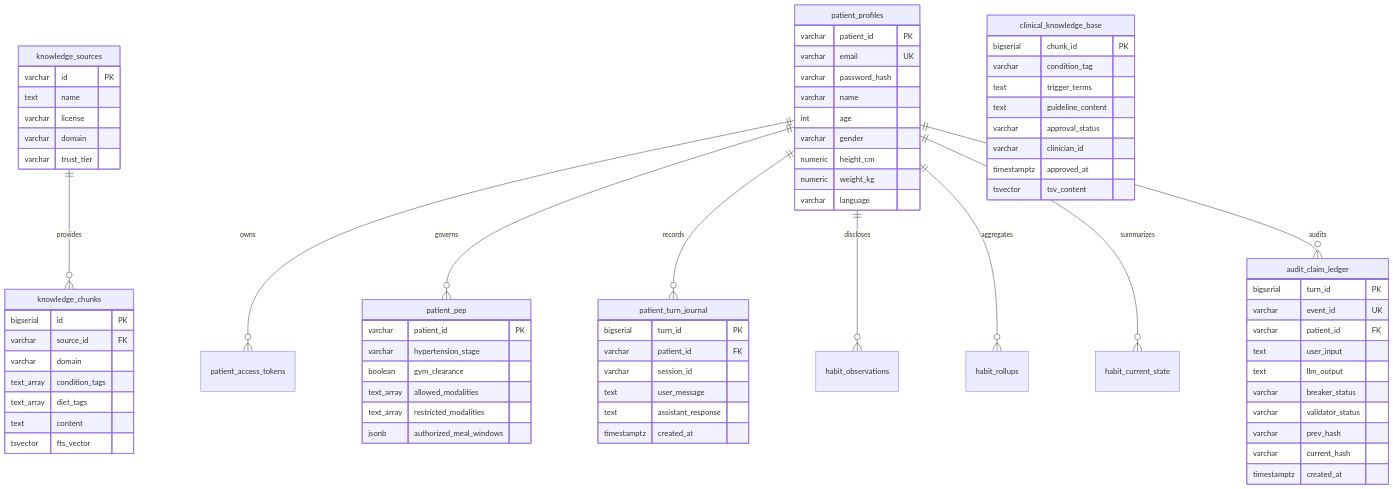
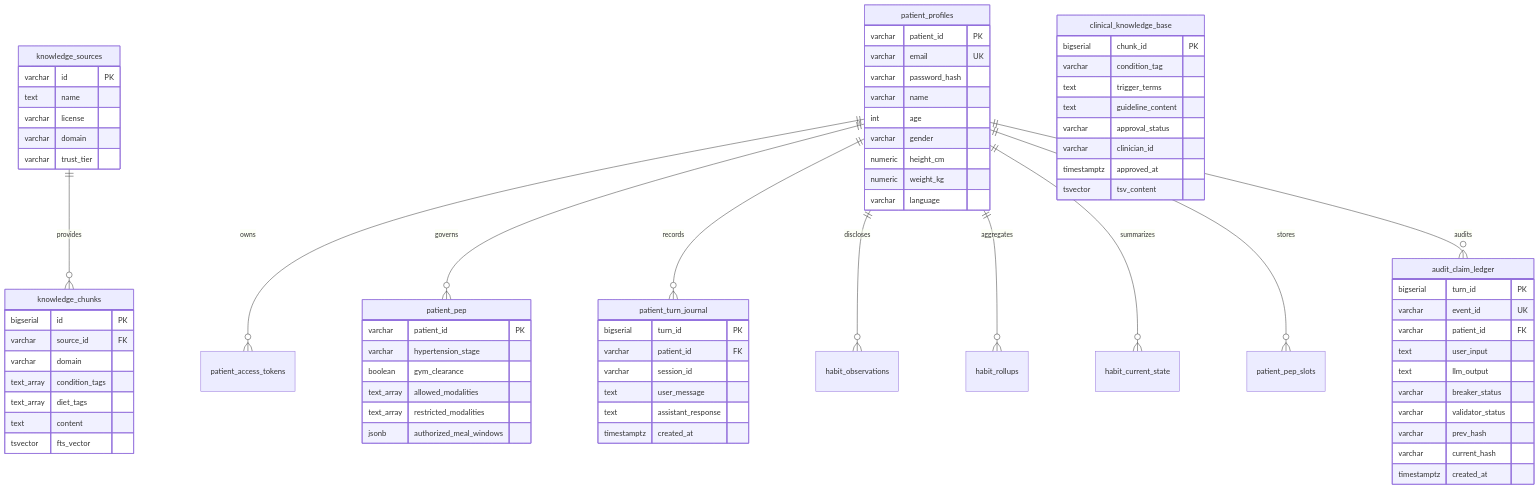
One commit to saahilpal/disha-ai changed the diagram in docs/DATA.md. Above: the diagram before and after it, drawn with Mermaid. The commit also changed other lines of this file and 5 other files, not shown here.

Commit message:
docs(base): document PEP architecture, data schema, and known issues

```diff
--- a/docs/DATA.md
+++ b/docs/DATA.md
@@ -34,6 +34,7 @@
     patient_profiles ||--o{ habit_observations : "discloses"
     patient_profiles ||--o{ habit_rollups : "aggregates"
     patient_profiles ||--o{ habit_current_state : "summarizes"
+    patient_profiles ||--o{ patient_pep_slots : "stores"
     patient_profiles ||--o{ audit_claim_ledger : "audits"
 
     knowledge_sources {
```
